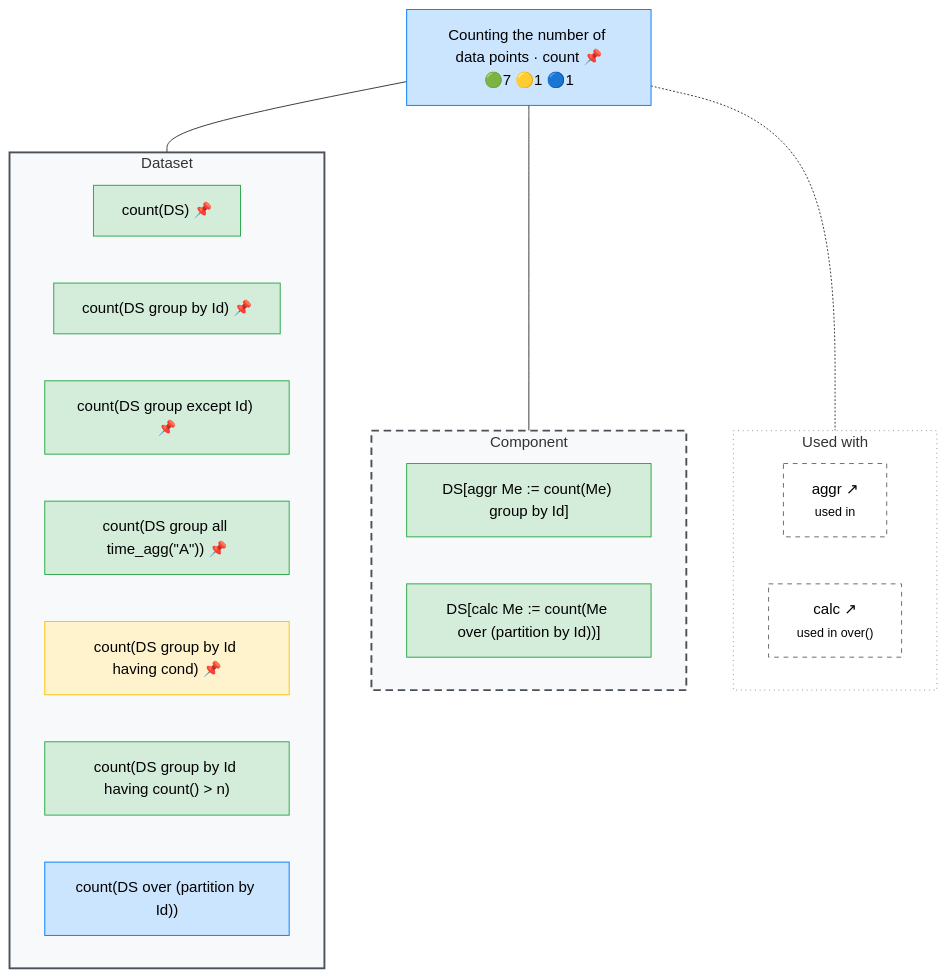
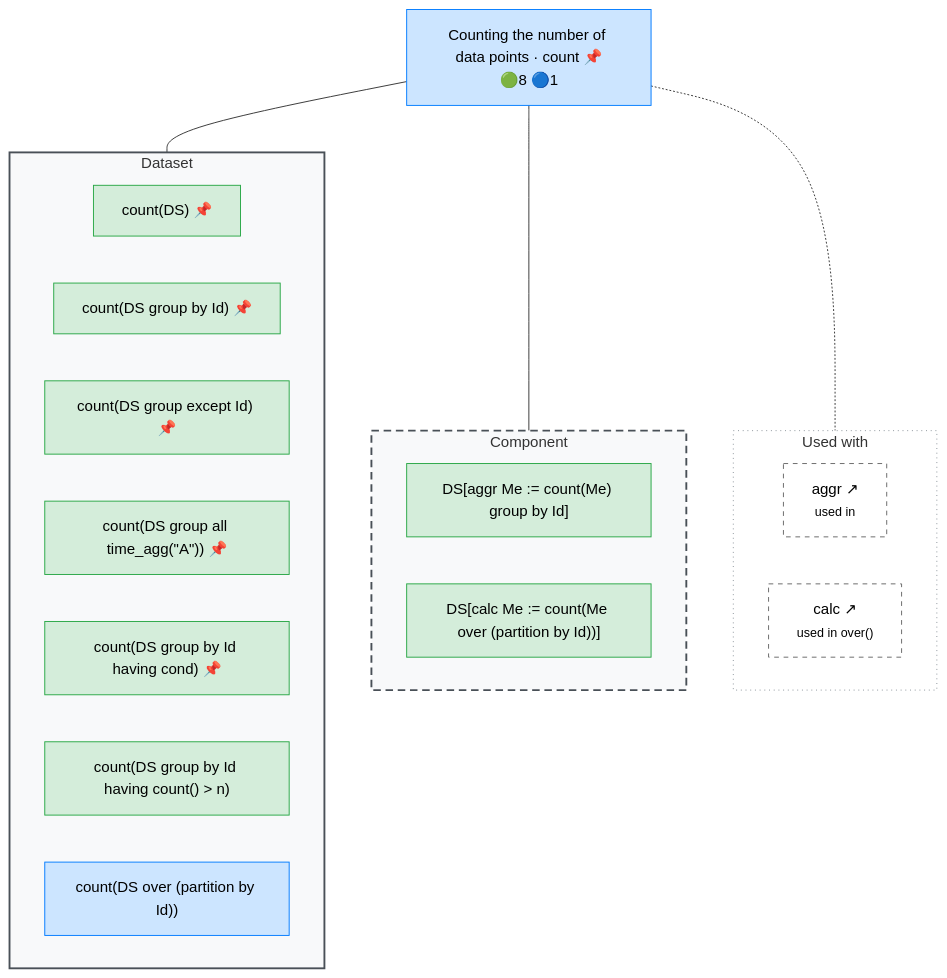
Before and after one commit to Meaningful-Data/vtlengine: the diagram in docs/operator_map/aggregate/count.rst, drawn with Mermaid. The commit also changed other lines of this file and 140 other files, not shown here.

```diff
--- a/docs/operator_map/aggregate/count.rst
+++ b/docs/operator_map/aggregate/count.rst
@@ -21,49 +21,49 @@
 .. mermaid::
    :config: {"flowchart": {"useMaxWidth": false}}
 
    flowchart TB
        classDef ok fill:#d4edda,stroke:#28a745,color:#000
        classDef partial fill:#fff3cd,stroke:#ffc107,color:#000
        classDef refused fill:#d4edda,stroke:#28a745,stroke-width:3px,stroke-dasharray: 2 2,color:#000
        classDef missing fill:#f8d7da,stroke:#dc3545,color:#000
        classDef diverge fill:#cce5ff,stroke:#007bff,color:#000
        classDef block fill:#2b3a4a,stroke:#2b3a4a,color:#fff,font-weight:bold
        classDef ext fill:#fff,stroke:#666,color:#000,stroke-dasharray: 5 5
-       O["Counting the number of data points · count 📌<br/>🟢7 🟡1 🔵1"]:::diverge
+       O["Counting the number of data points · count 📌<br/>🟢8 🔵1"]:::diverge
        subgraph G_ds["Dataset"]
            direction LR
            v_ds_no_group["count(DS) 📌"]:::ok
            v_ds_group_by["count(DS group by Id) 📌"]:::ok
            v_ds_group_except["count(DS group except Id) 📌"]:::ok
            v_ds_group_all["count(DS group all time_agg(#quot;A#quot;)) 📌"]:::ok
-           v_ds_having["count(DS group by Id having cond) 📌"]:::partial
+           v_ds_having["count(DS group by Id having cond) 📌"]:::ok
            v_count_in_having["count(DS group by Id having count() #62; n)"]:::ok
            v_analytic_ds["count(DS over (partition by Id))"]:::diverge
        end
        subgraph G_comp["Component"]
            direction LR
            v_comp_in_aggr["DS#91;aggr Me #58;#61; count(Me) group by Id#93;"]:::ok
            v_analytic_comp["DS#91;calc Me #58;#61; count(Me over (partition by Id))#93;"]:::ok
        end
        subgraph G_use["Used with"]
            direction LR
            used__clause__aggr["aggr ↗<br/><small>used in</small>"]:::ext
            used__clause__calc["calc ↗<br/><small>used in over()</small>"]:::ext
        end
        O --- G_ds
        O --- G_comp
        O -.- G_use
        style G_ds fill:#f8f9fa,stroke:#495057,stroke-width:2px
        style G_comp fill:#f8f9fa,stroke:#495057,stroke-width:2px,stroke-dasharray: 8 5
        style G_use fill:#ffffff,stroke:#868e96,stroke-width:1px,stroke-dasharray: 1 4
        click v_ds_no_group href "#form-ds-no-group"
        click v_ds_group_by href "#form-ds-group-by"
        click v_ds_group_except href "#form-ds-group-except"
        click v_ds_group_all href "#form-ds-group-all"
        click v_ds_having href "#form-ds-having"
        click v_count_in_having href "#form-count-in-having"
        click v_comp_in_aggr href "#form-comp-in-aggr"
        click v_analytic_ds href "#form-analytic-ds"
        click v_analytic_comp href "#form-analytic-comp"
        click used__clause__aggr href "../clause/aggr.html" "Aggregation · aggr"
        click used__clause__calc href "../clause/calc.html" "Calculation of a Component · calc"
```
